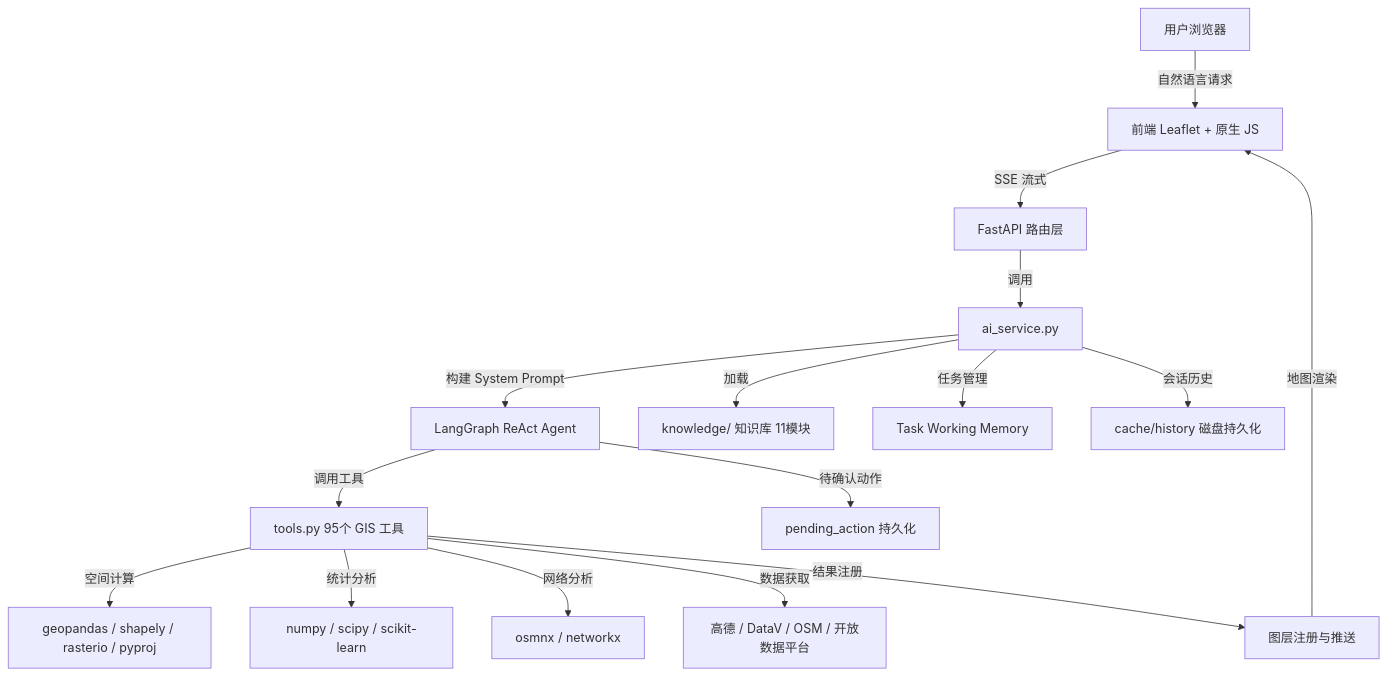
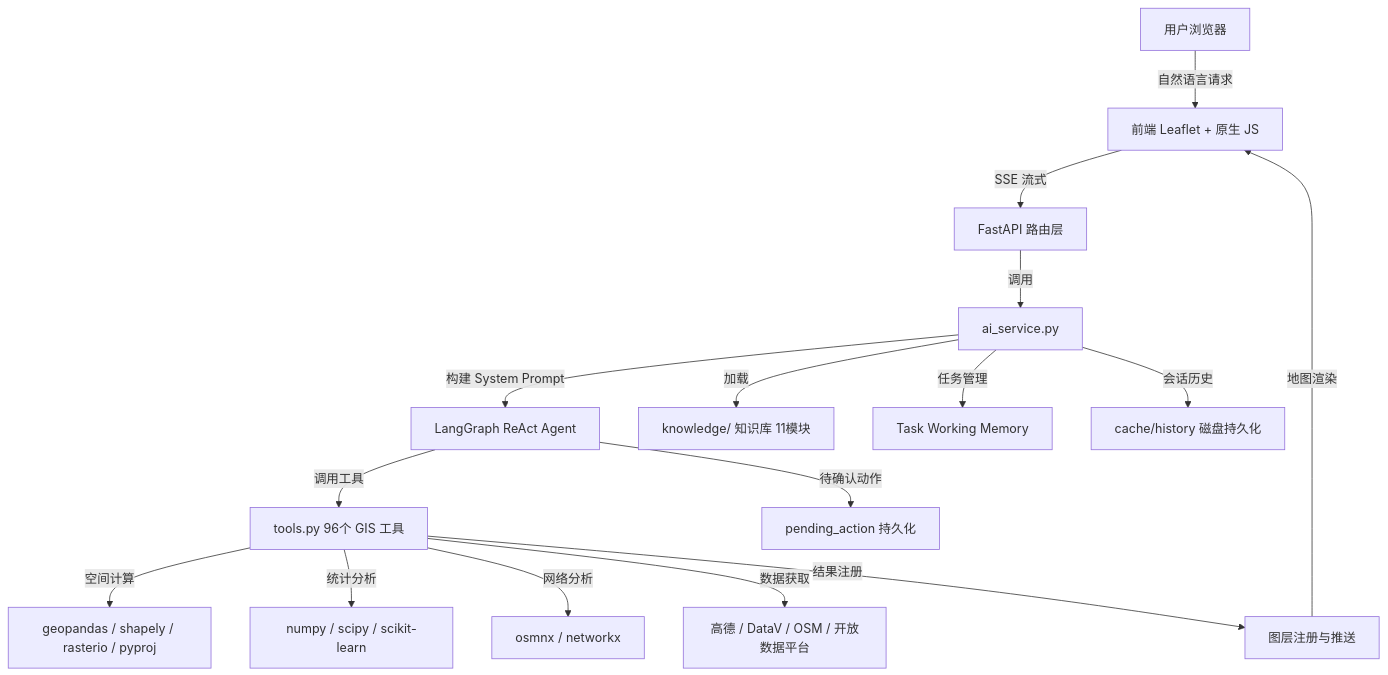
Before and after one commit to Wukeeeeee/GIS-WORKTABLE: the first of 2 diagrams in README.md, drawn with Mermaid. The commit also changed other lines of this file and 38 other files, not shown here.

````diff
--- a/README.md
+++ b/README.md
@@ -90,18 +99,18 @@
 ```mermaid
 graph TB
     User[用户浏览器] -->|自然语言请求| Frontend[前端 Leaflet + 原生 JS]
     Frontend -->|SSE 流式| API[FastAPI 路由层]
     API -->|调用| AIService[ai_service.py]
     AIService -->|构建 System Prompt| Graph[LangGraph ReAct Agent]
     AIService -->|加载| KB[knowledge/ 知识库 11模块]
-    Graph -->|调用工具| Tools[tools.py 95个 GIS 工具]
+    Graph -->|调用工具| Tools[tools.py 96个 GIS 工具]
     Tools -->|空间计算| GeoStack[geopandas / shapely / rasterio / pyproj]
     Tools -->|统计分析| StatsStack[numpy / scipy / scikit-learn]
     Tools -->|网络分析| NetworkStack[osmnx / networkx]
     Tools -->|数据获取| DataSources[高德 / DataV / OSM / 开放数据平台]
     Tools -->|结果注册| LayerState[图层注册与推送]
     LayerState -->|地图渲染| Frontend
     Graph -->|待确认动作| PendingAction[pending_action 持久化]
     AIService -->|任务管理| TaskManager[Task Working Memory]
     AIService -->|会话历史| History[cache/history 磁盘持久化]
 ```
````
